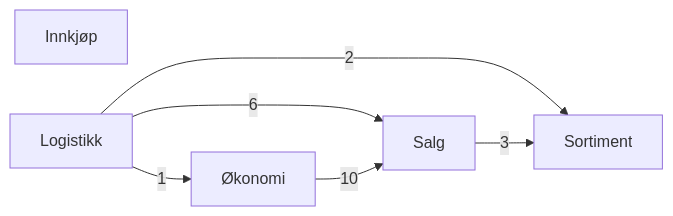
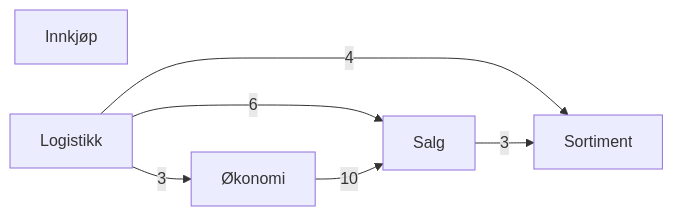
One commit to knutasm/concept-graph changed the first of 7 diagrams in katalog/OVERSIKT.md. Above: the diagram before and after it, drawn with Mermaid. The commit also changed other lines of this file and 8 other files, not shown here.

````diff
--- a/katalog/OVERSIKT.md
+++ b/katalog/OVERSIKT.md
@@ -13,13 +13,13 @@
 ```mermaid
 flowchart LR
     innkjop["Innkjøp"]
     logistikk["Logistikk"]
     okonomi["Økonomi"]
     salg["Salg"]
     sortiment["Sortiment"]
-    logistikk -->|1| okonomi
+    logistikk -->|3| okonomi
     logistikk -->|6| salg
-    logistikk -->|2| sortiment
+    logistikk -->|4| sortiment
     okonomi -->|10| salg
     salg -->|3| sortiment
 ```
````
